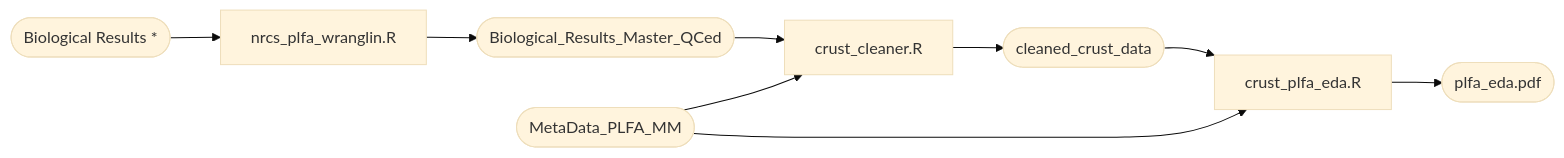
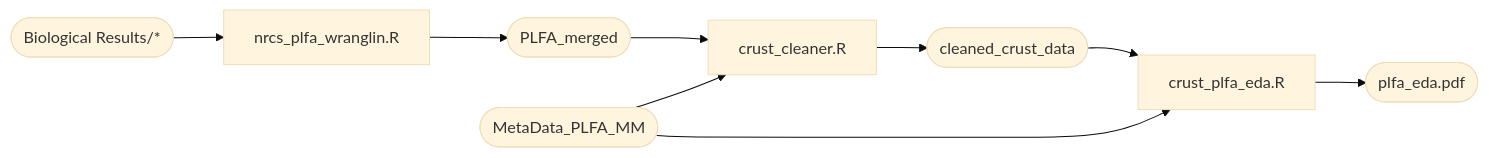
Before and after one commit to dbioinfo/nrcs: the diagram in README.md, drawn with Mermaid (base theme).

Commit message:
mermaid chart

````diff
--- a/README.md
+++ b/README.md
@@ -5,11 +5,11 @@
 ```mermaid
 flowchart LR
-    A([Biological_Results_Master_QCed]) --> B[crust_cleaner.R]
+    A([PLFA_merged]) --> B[crust_cleaner.R]
     C([MetaData_PLFA_MM]) --> B
     B --> D([cleaned_crust_data])
     D --> E[crust_plfa_eda.R]
     C --> E
     E --> F([plfa_eda.pdf])
-    G([Biological Results *]) --> H[nrcs_plfa_wranglin.R]
+    G([Biological Results/*]) --> H[nrcs_plfa_wranglin.R]
     H --> A
 ```
````
